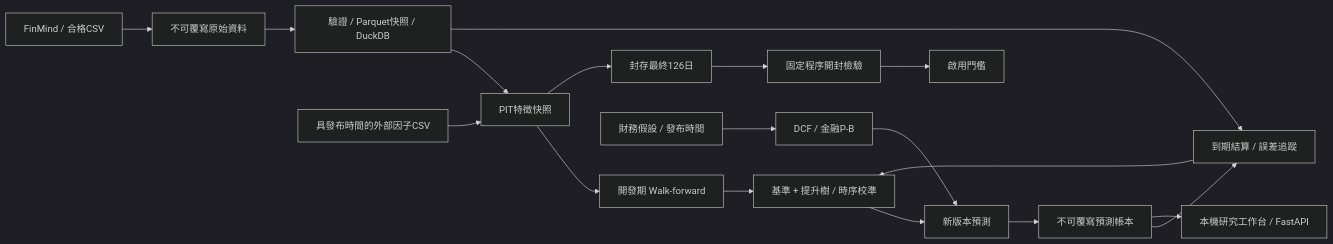
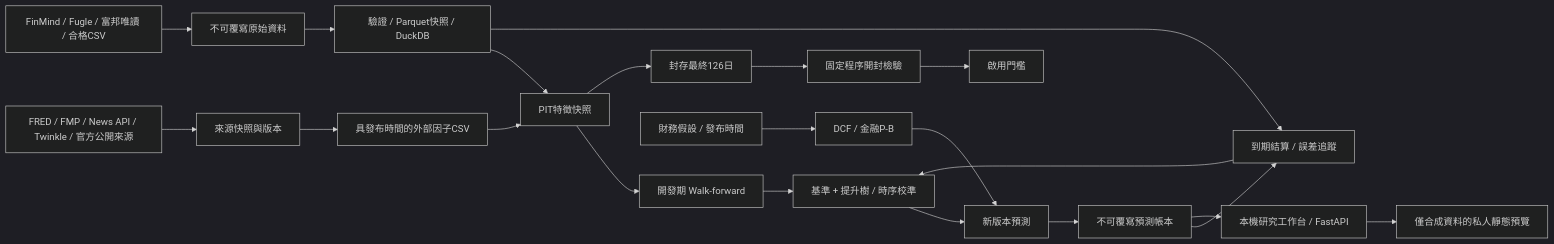
The diagram in docs/ARCHITECTURE.md (Jaa-ack/0050-Predictor), drawn with Mermaid (dark theme) before and after one commit. The commit also changed other lines of this file and 26 other files, not shown here.

````diff
--- a/docs/ARCHITECTURE.md
+++ b/docs/ARCHITECTURE.md
@@ -3,20 +3,23 @@
 ```mermaid
 flowchart LR
-  A[FinMind / 合格CSV] --> B[不可覆寫原始資料]
+  A[FinMind / Fugle / 富邦唯讀 / 合格CSV] --> B[不可覆寫原始資料]
+  S[FRED / FMP / News API / Twinkle / 官方公開來源] --> R[來源快照與版本]
+  R --> D
   B --> C[驗證 / Parquet快照 / DuckDB]
   D[具發布時間的外部因子CSV] --> E[PIT特徵快照]
   C --> E
   E --> F[開發期 Walk-forward]
   E --> G[封存最終126日]
   F --> H[基準 + 提升樹 / 時序校準]
   G --> I[固定程序開封檢驗]
   H --> J[新版本預測]
   I --> K[啟用門檻]
   L[財務假設 / 發布時間] --> M[DCF / 金融P-B]
   M --> J
   J --> N[不可覆寫預測帳本]
   C --> O[到期結算 / 誤差追蹤]
   N --> O
   O --> H
   N --> P[本機研究工作台 / FastAPI]
+  P --> W[僅合成資料的私人靜態預覽]
 ```
````
